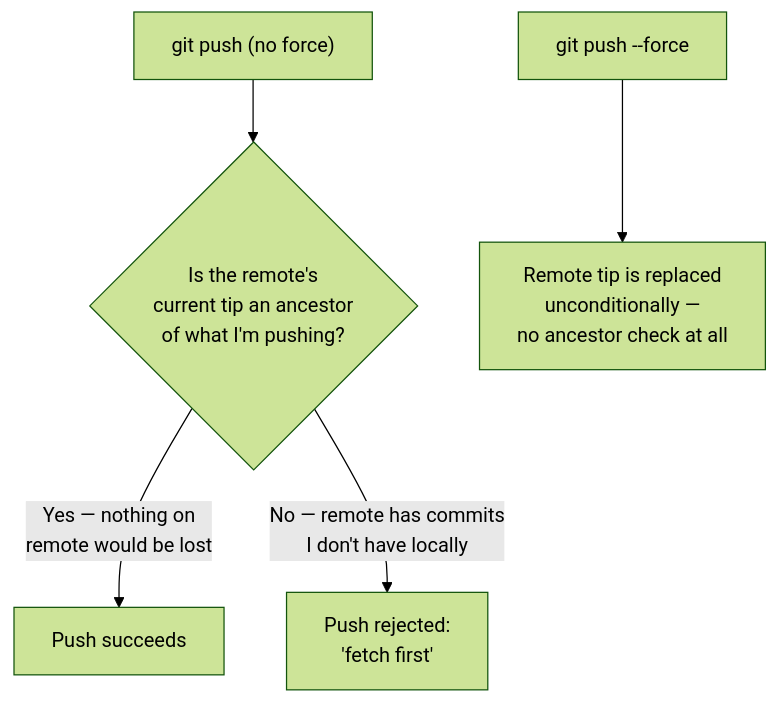
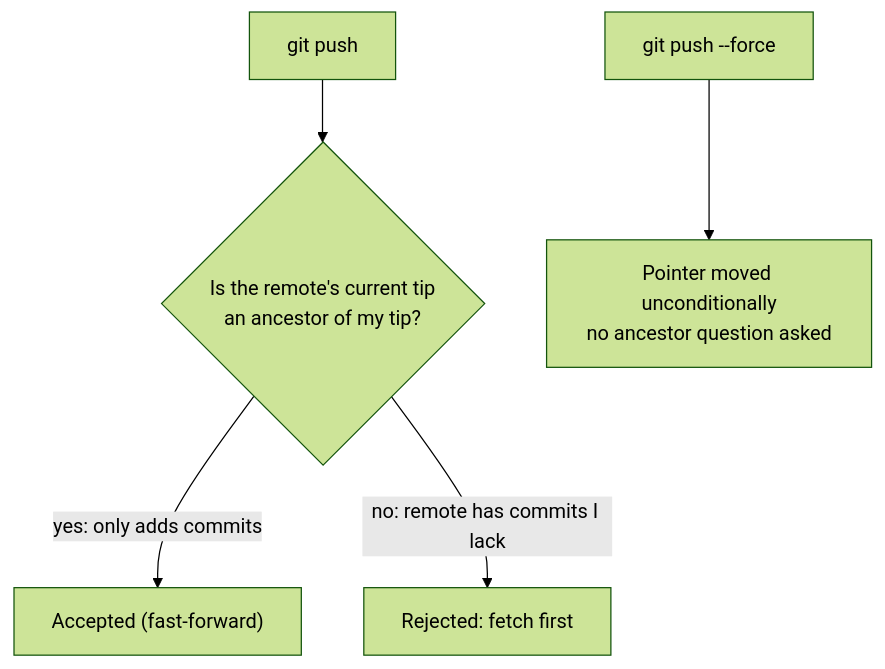
Before and after one commit to francoandreDev/knowledge: the first of 3 diagrams in src/content/git-teamwork/shared-history/L2-concept.mdx, drawn with Mermaid (forest theme). The commit also changed other lines of this file and 3 other files, not shown here.

````diff
--- a/src/content/git-teamwork/shared-history/L2-concept.mdx
+++ b/src/content/git-teamwork/shared-history/L2-concept.mdx
@@ -38,7 +35,7 @@
 ```mermaid
 flowchart TD
-    A["git push (no force)"] --> B{"Is the remote's\ncurrent tip an ancestor\nof what I'm pushing?"}
-    B -->|"Yes — nothing on\nremote would be lost"| C["Push succeeds"]
-    B -->|"No — remote has commits\nI don't have locally"| D["Push rejected:\n'fetch first'"]
-    E["git push --force"] --> F["Remote tip is replaced\nunconditionally —\nno ancestor check at all"]
+    P["git push"] --> Q{"Is the remote's current tip\nan ancestor of my tip?"}
+    Q -->|"yes: only adds commits"| OK["Accepted (fast-forward)"]
+    Q -->|"no: remote has commits I lack"| R["Rejected: fetch first"]
+    F["git push --force"] --> S["Pointer moved unconditionally\nno ancestor question asked"]
 ```
````
